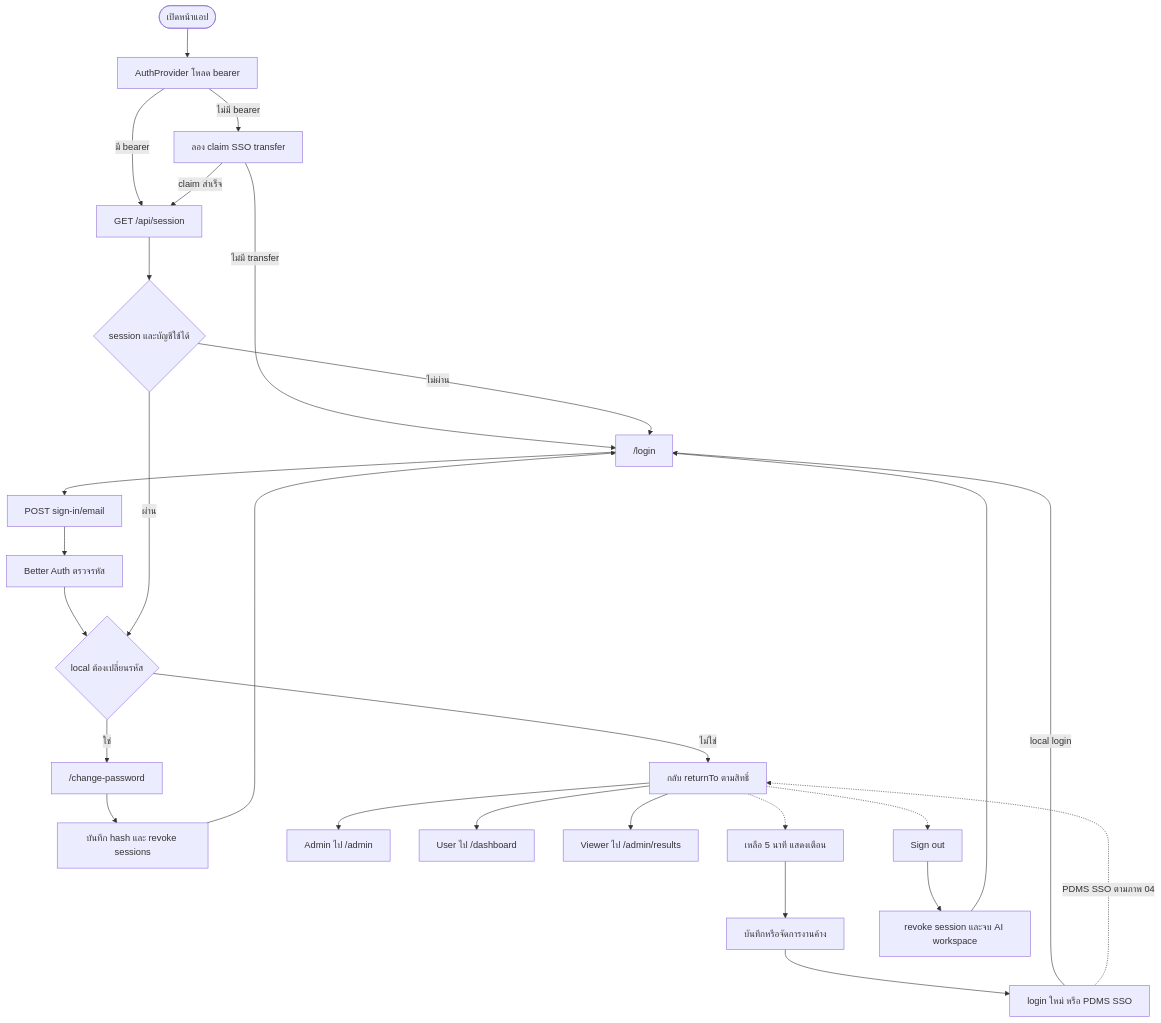
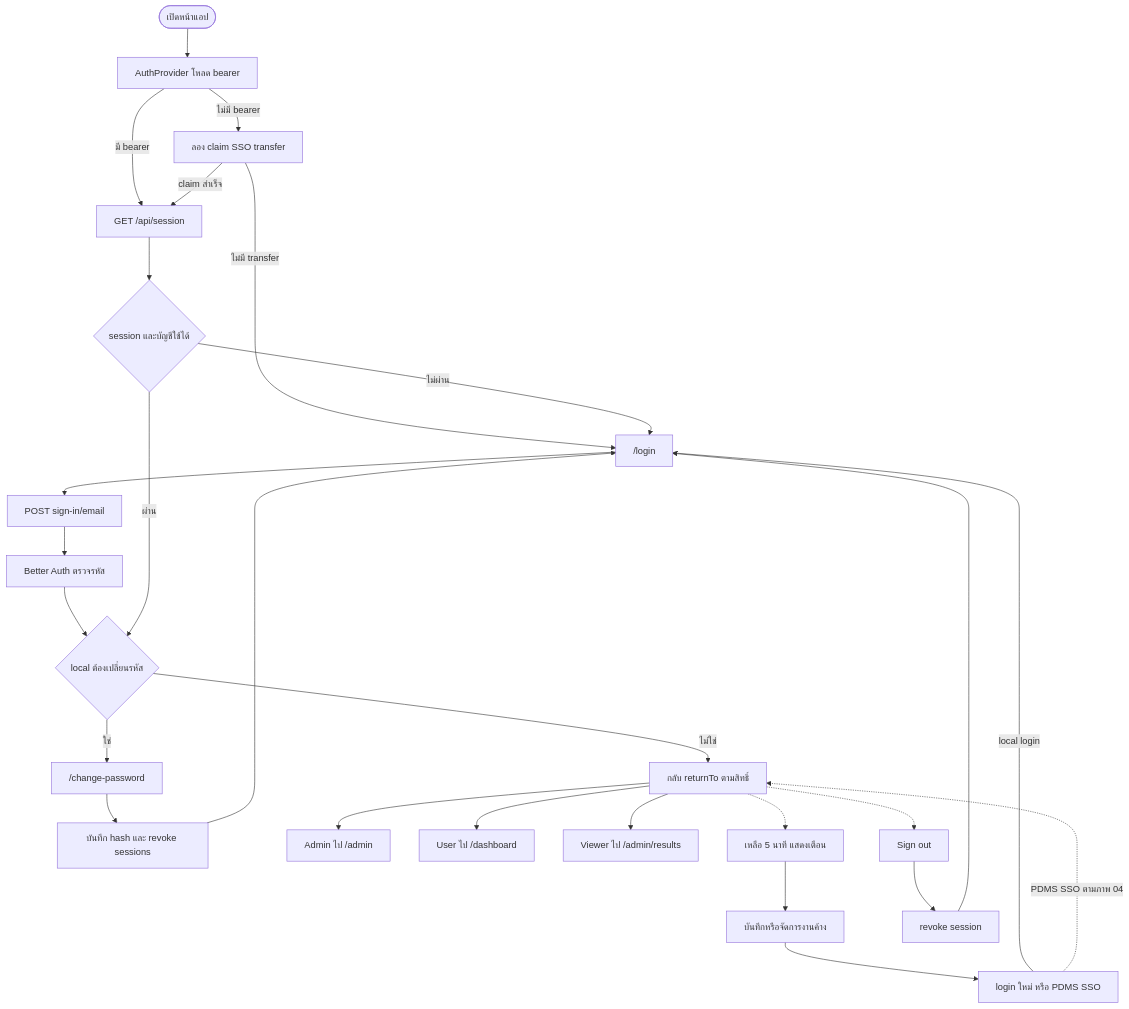
The third of 22 diagrams in .scratch/system-workflow/system-map.md (AquilaStudio2/folio-forms), drawn with Mermaid before and after one commit. The commit also changed other lines of this file and 145 other files, not shown here.

````diff
--- a/.scratch/system-workflow/system-map.md
+++ b/.scratch/system-workflow/system-map.md
@@ -223,41 +242,41 @@
 ```mermaid
 flowchart TD
     open(["เปิดหน้าแอป"])
     token["AuthProvider โหลด bearer"]
     claim["ลอง claim SSO transfer"]
     check["GET /api/session"]
     valid{"session และบัญชีใช้ได้"}
     login["/login"]
     credentials["POST sign-in/email"]
     local["Better Auth ตรวจรหัส"]
     temporary{"local ต้องเปลี่ยนรหัส"}
     password["/change-password"]
     revoke["บันทึก hash และ revoke sessions"]
     destination["กลับ returnTo ตามสิทธิ์"]
     admin["Admin ไป /admin"]
     user["User ไป /dashboard"]
     viewer["Viewer ไป /admin/results"]
     warning["เหลือ 5 นาที แสดงเตือน"]
     save["บันทึกหรือจัดการงานค้าง"]
     renew["login ใหม่ หรือ PDMS SSO"]
     logout["Sign out"]
-    clear["revoke session และจบ AI workspace"]
+    clear["revoke session"]
     open --> token
     token -->|"มี bearer"| check
     token -->|"ไม่มี bearer"| claim
     claim -->|"claim สำเร็จ"| check
     claim -->|"ไม่มี transfer"| login
     check --> valid
     valid -->|"ไม่ผ่าน"| login
     login --> credentials --> local --> temporary
     valid -->|"ผ่าน"| temporary
     temporary -->|"ใช่"| password --> revoke --> login
     temporary -->|"ไม่ใช่"| destination
     destination --> admin
     destination --> user
     destination --> viewer
     destination -.-> warning --> save --> renew
     renew -->|"local login"| login
     renew -.->|"PDMS SSO ตามภาพ 04"| destination
     destination -.-> logout --> clear --> login
 ```
````
